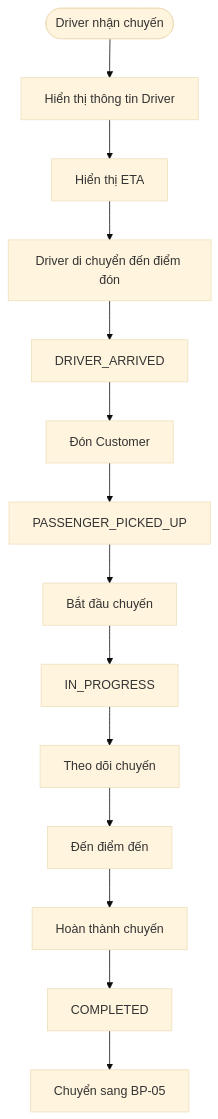
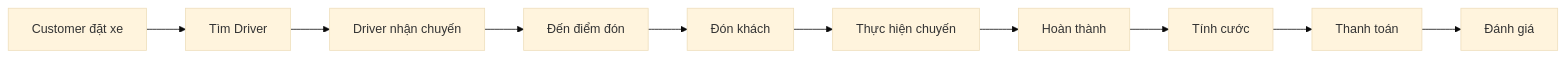
The first of 3 diagrams in SRS.md (ntthuyvy0205-source/23662281_NguyenThiThuyVy_CABSYSTEM), drawn with Mermaid (base theme) before and after one commit. The commit also changed other lines of this file, not shown here.

````diff
--- a/SRS.md
+++ b/SRS.md
@@ -1959,16 +198,12 @@
 ```mermaid
-flowchart TD
-    A([Driver nhận chuyến]) --> B[Hiển thị thông tin Driver]
-    B --> C[Hiển thị ETA]
-    C --> D[Driver di chuyển đến điểm đón]
-    D --> E[DRIVER_ARRIVED]
-    E --> F[Đón Customer]
-    F --> G[PASSENGER_PICKED_UP]
-    G --> H[Bắt đầu chuyến]
-    H --> I[IN_PROGRESS]
-    I --> J[Theo dõi chuyến]
-    J --> K[Đến điểm đến]
-    K --> L[Hoàn thành chuyến]
-    L --> M[COMPLETED]
-    M --> N[Chuyển sang BP-05]
+flowchart LR
+    A[Customer đặt xe] --> B[Tìm Driver]
+    B --> C[Driver nhận chuyến]
+    C --> D[Đến điểm đón]
+    D --> E[Đón khách]
+    E --> F[Thực hiện chuyến]
+    F --> G[Hoàn thành]
+    G --> H[Tính cước]
+    H --> I[Thanh toán]
+    I --> J[Đánh giá]
 ```
````
